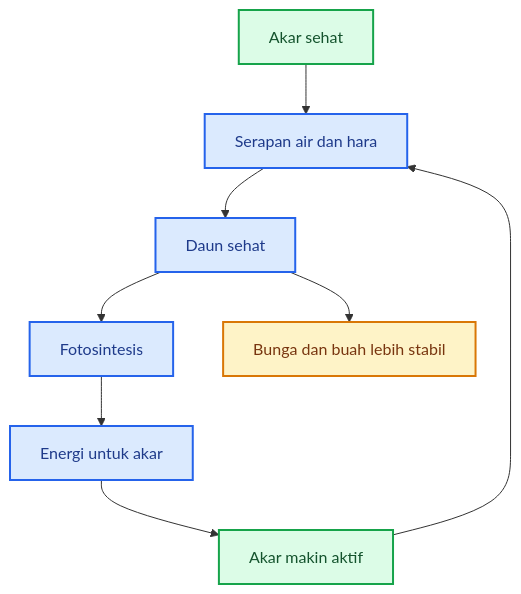
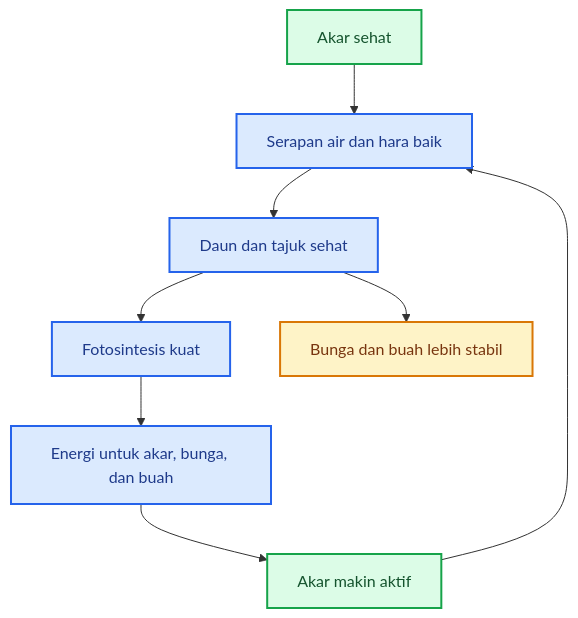
The first of 7 diagrams in content/blog/agri/keseimbangan-akar-dan-tajuk.mdx (slametsampon/kawruhnology), drawn with Mermaid before and after one commit. The commit also changed other lines of this file and 2 other files, not shown here.

Commit message:
update keseimabangan akar-tajuk dan jakaba

````diff
--- a/content/blog/agri/keseimbangan-akar-dan-tajuk.mdx
+++ b/content/blog/agri/keseimbangan-akar-dan-tajuk.mdx
@@ -310,18 +183,18 @@
 ```mermaid
 flowchart TB
-    A[Akar sehat] --> B[Serapan air dan hara]
-    B --> C[Daun sehat]
-    C --> D[Fotosintesis]
-    D --> E[Energi untuk akar]
+    A[Akar sehat] --> B[Serapan air dan hara baik]
+    B --> C[Daun dan tajuk sehat]
+    C --> D[Fotosintesis kuat]
+    D --> E[Energi untuk akar, bunga, dan buah]
     E --> F[Akar makin aktif]
     F --> B
     C --> G[Bunga dan buah lebih stabil]
 
+    classDef main fill:#dbeafe,stroke:#2563eb,color:#1e3a8a,stroke-width:2px;
     classDef root fill:#dcfce7,stroke:#16a34a,color:#14532d,stroke-width:2px;
-    classDef process fill:#dbeafe,stroke:#2563eb,color:#1e3a8a,stroke-width:2px;
     classDef result fill:#fef3c7,stroke:#d97706,color:#78350f,stroke-width:2px;
 
     class A,F root;
-    class B,C,D,E process;
+    class B,C,D,E main;
     class G result;
 ```
````
